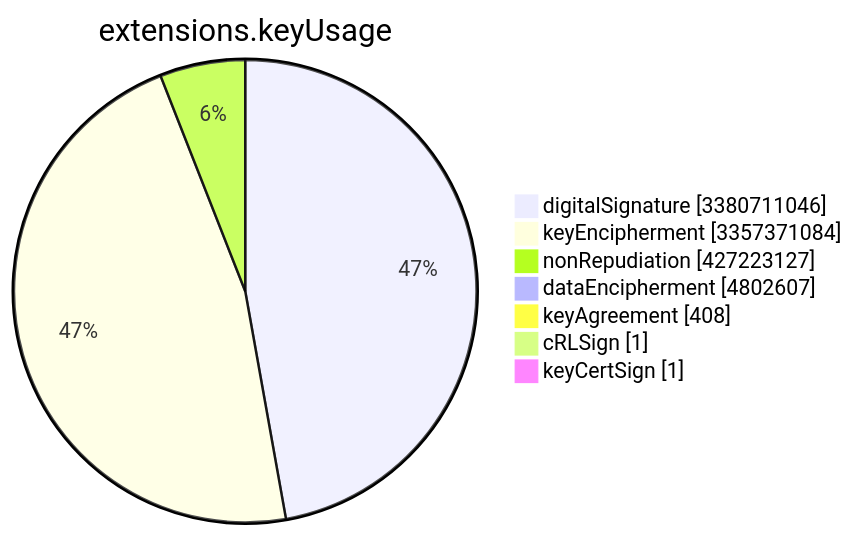
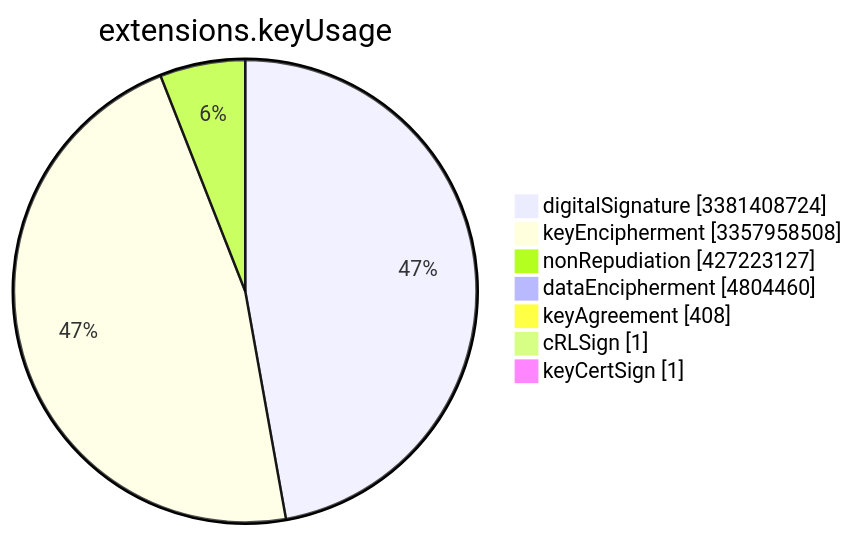
The sixth of 15 diagrams in TOTAL/README.md (christiankrug/ctmonitor_visualization), drawn with Mermaid before and after one commit. The commit also changed other lines of this file, not shown here.

````diff
--- a/TOTAL/README.md
+++ b/TOTAL/README.md
@@ -3079,11 +3080,11 @@
 ```mermaid
 pie showData
 title extensions.keyUsage
-"digitalSignature" :3380711046
-"keyEncipherment" :3357371084
+"digitalSignature" :3381408724
+"keyEncipherment" :3357958508
 "nonRepudiation" :427223127
-"dataEncipherment" :4802607
+"dataEncipherment" :4804460
 "keyAgreement" :408
 "cRLSign" :1
 "keyCertSign" :1
 ```
````
